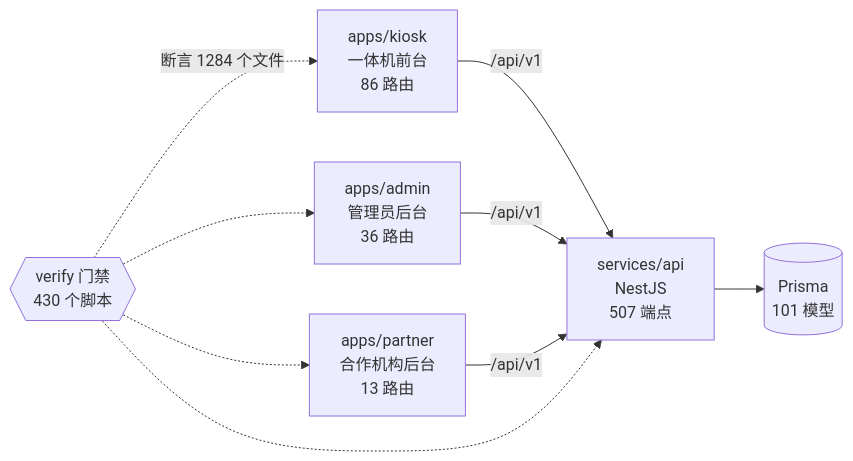
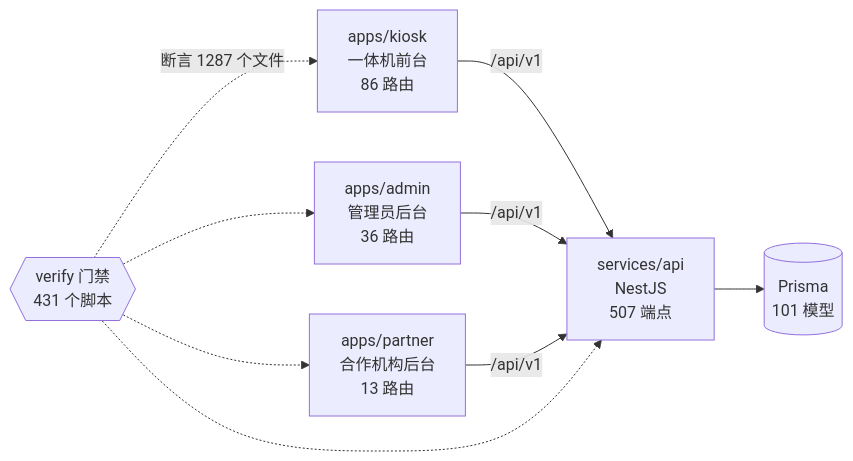
The diagram in docs/graph/README.md (wanglei581/YITIJI), drawn with Mermaid before and after one commit. The commit also changed other lines of this file and 2 other files, not shown here.

Commit message:
chore(graph): rebase 后重跑图谱

````diff
--- a/docs/graph/README.md
+++ b/docs/graph/README.md
@@ -68,18 +68,18 @@
 ```mermaid
 flowchart LR
   kiosk["apps/kiosk<br/>一体机前台<br/>86 路由"]
   admin["apps/admin<br/>管理员后台<br/>36 路由"]
   partner["apps/partner<br/>合作机构后台<br/>13 路由"]
   api["services/api<br/>NestJS<br/>507 端点"]
   db[("Prisma<br/>101 模型")]
-  gates{{"verify 门禁<br/>430 个脚本"}}
+  gates{{"verify 门禁<br/>431 个脚本"}}
 
   kiosk -->|"/api/v1"| api
   admin -->|"/api/v1"| api
   partner -->|"/api/v1"| api
   api --> db
-  gates -.->|"断言 1284 个文件"| kiosk
+  gates -.->|"断言 1287 个文件"| kiosk
   gates -.-> admin
   gates -.-> partner
   gates -.-> api
 ```
````
